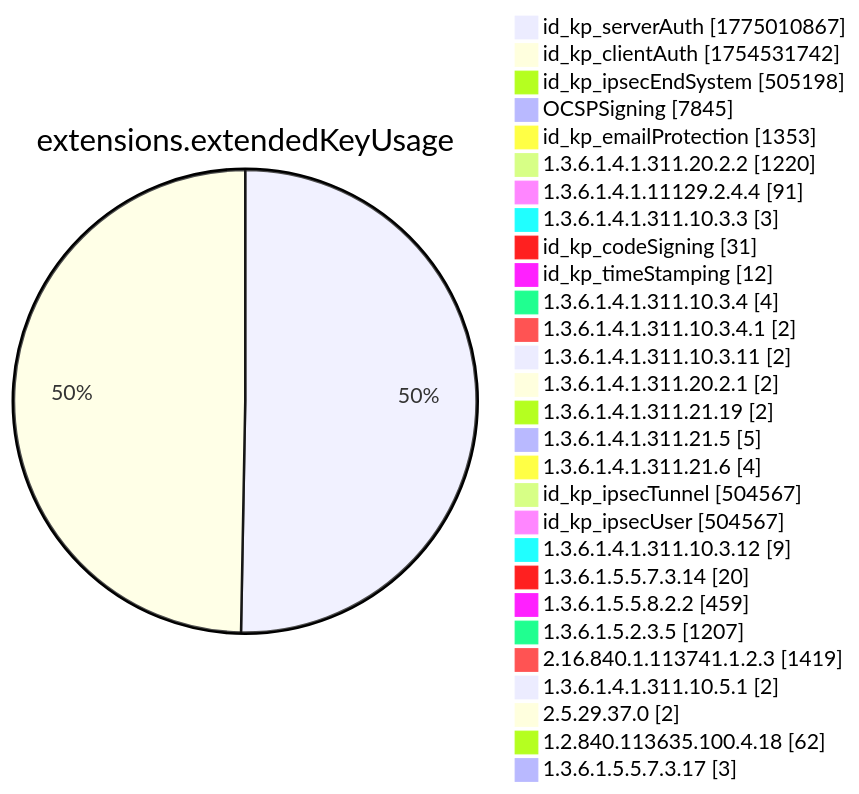
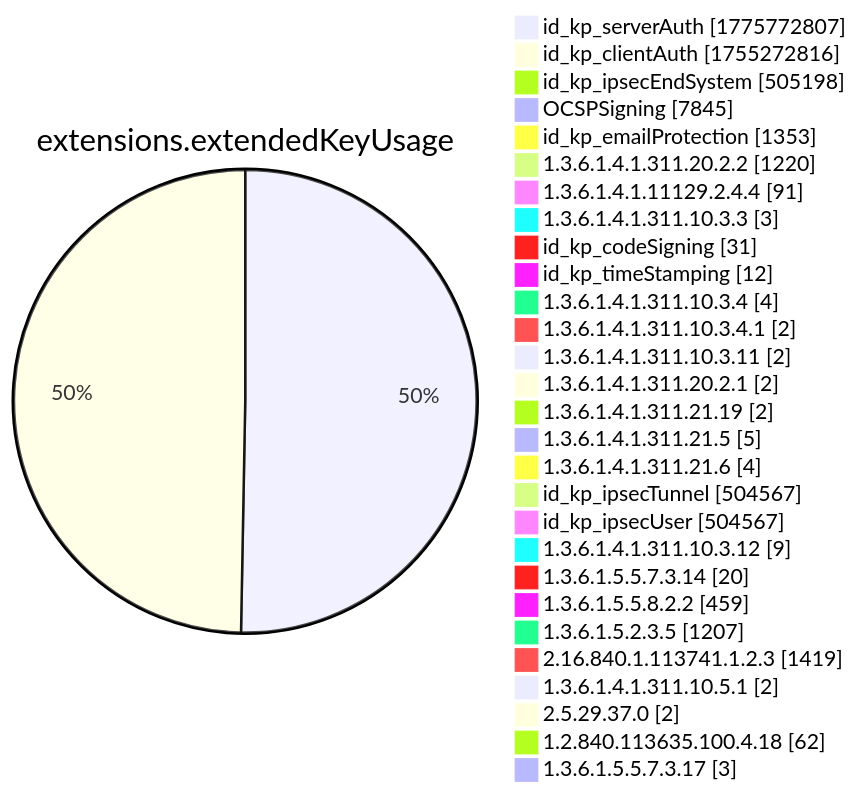
One commit to christiankrug/ctmonitor_visualization changed diagram 12 of 15 in xenon2022/README.md. Above: the diagram before and after it, drawn with Mermaid. The commit also changed other lines of this file, not shown here.

````diff
--- a/xenon2022/README.md
+++ b/xenon2022/README.md
@@ -3893,32 +3893,32 @@
 ```mermaid
 pie showData
 title extensions.extendedKeyUsage
-"id_kp_serverAuth" :1775010867
-"id_kp_clientAuth" :1754531742
+"id_kp_serverAuth" :1775772807
+"id_kp_clientAuth" :1755272816
 "id_kp_ipsecEndSystem" :505198
 "OCSPSigning" :7845
 "id_kp_emailProtection" :1353
 "1.3.6.1.4.1.311.20.2.2" :1220
 "1.3.6.1.4.1.11129.2.4.4" :91
 "1.3.6.1.4.1.311.10.3.3" :3
 "id_kp_codeSigning" :31
 "id_kp_timeStamping" :12
 "1.3.6.1.4.1.311.10.3.4" :4
 "1.3.6.1.4.1.311.10.3.4.1" :2
 "1.3.6.1.4.1.311.10.3.11" :2
 "1.3.6.1.4.1.311.20.2.1" :2
 "1.3.6.1.4.1.311.21.19" :2
 "1.3.6.1.4.1.311.21.5" :5
 "1.3.6.1.4.1.311.21.6" :4
 "id_kp_ipsecTunnel" :504567
 "id_kp_ipsecUser" :504567
 "1.3.6.1.4.1.311.10.3.12" :9
 "1.3.6.1.5.5.7.3.14" :20
 "1.3.6.1.5.5.8.2.2" :459
 "1.3.6.1.5.2.3.5" :1207
 "2.16.840.1.113741.1.2.3" :1419
 "1.3.6.1.4.1.311.10.5.1" :2
 "2.5.29.37.0" :2
 "1.2.840.113635.100.4.18" :62
 "1.3.6.1.5.5.7.3.17" :3
 ```
````
